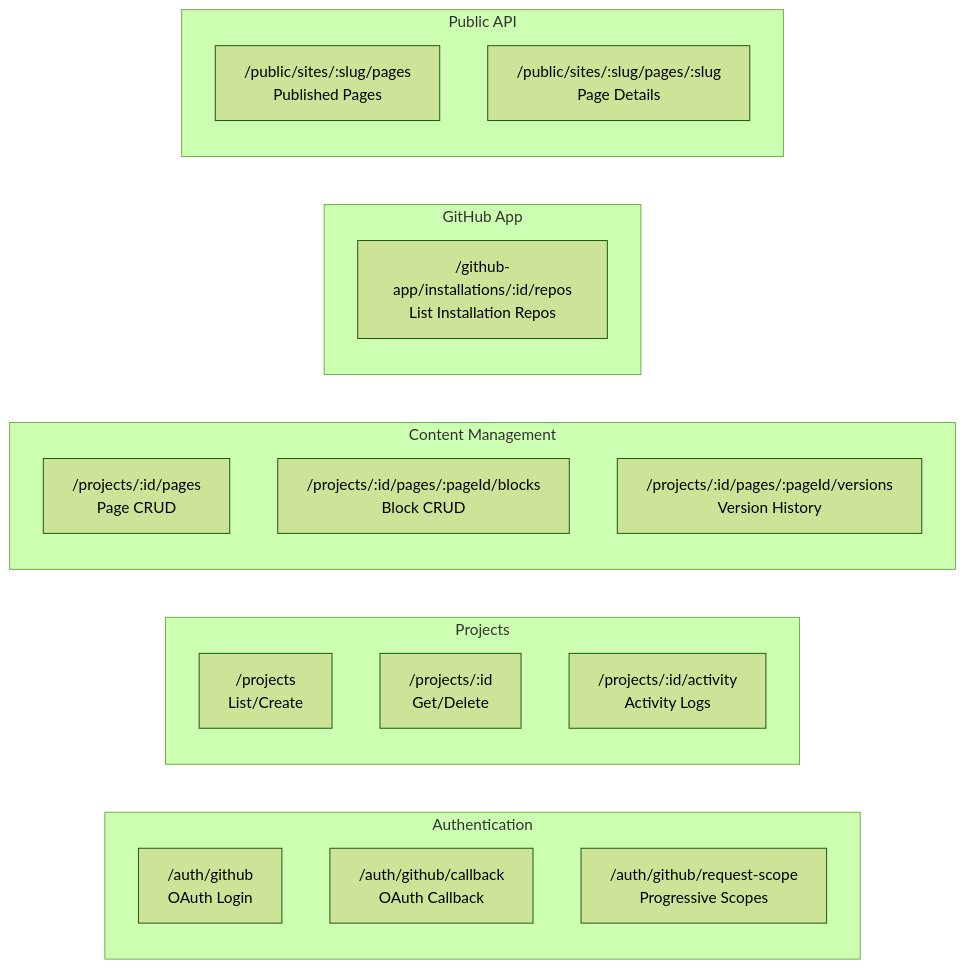
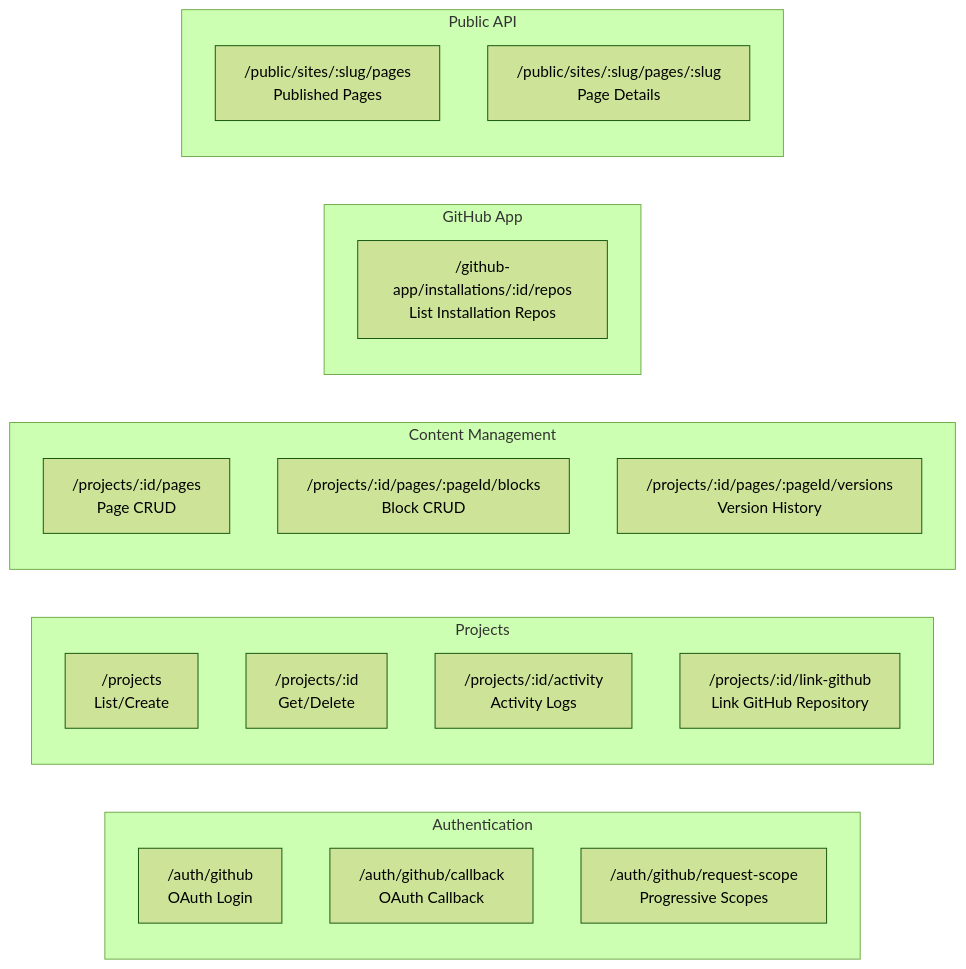
One commit to perryraskin/liteshow changed the fourth of 5 diagrams in ARCHITECTURE.md. Above: the diagram before and after it, drawn with Mermaid (forest theme). The commit also changed other lines of this file and 3 other files, not shown here.

````diff
--- a/ARCHITECTURE.md
+++ b/ARCHITECTURE.md
@@ -179,29 +182,30 @@
 ```mermaid
 graph LR
     subgraph "Authentication"
         A1["/auth/github<br/>OAuth Login"]
         A2["/auth/github/callback<br/>OAuth Callback"]
         A3["/auth/github/request-scope<br/>Progressive Scopes"]
     end
 
     subgraph "Projects"
         P1["/projects<br/>List/Create"]
         P2["/projects/:id<br/>Get/Delete"]
         P3["/projects/:id/activity<br/>Activity Logs"]
+        P4["/projects/:id/link-github<br/>Link GitHub Repository"]
     end
 
     subgraph "Content Management"
         C1["/projects/:id/pages<br/>Page CRUD"]
         C2["/projects/:id/pages/:pageId/blocks<br/>Block CRUD"]
         C3["/projects/:id/pages/:pageId/versions<br/>Version History"]
     end
 
     subgraph "GitHub App"
         G1["/github-app/installations/:id/repos<br/>List Installation Repos"]
     end
 
     subgraph "Public API"
         PU1["/public/sites/:slug/pages<br/>Published Pages"]
         PU2["/public/sites/:slug/pages/:slug<br/>Page Details"]
     end
 ```
````
